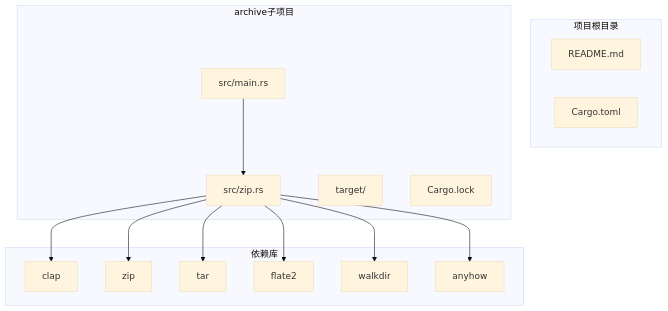
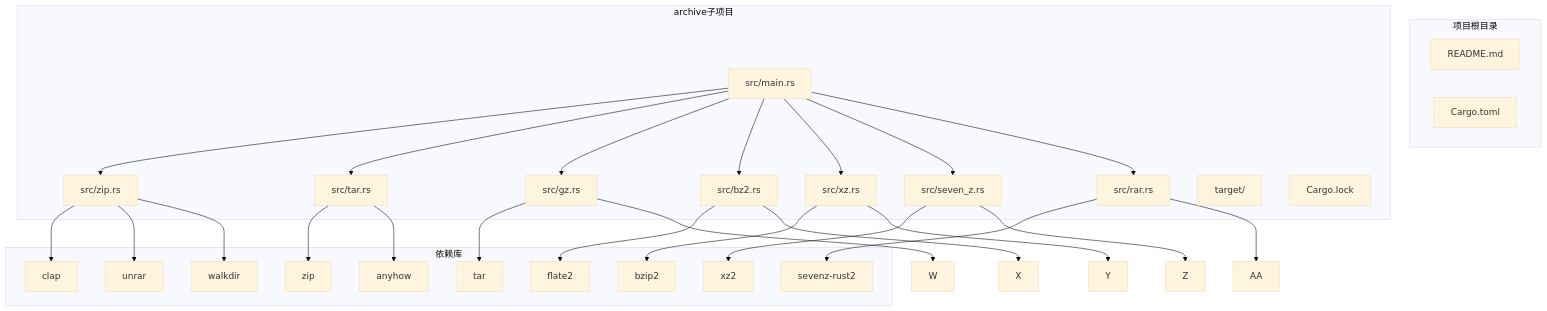
One commit to zhangjiacai-hub/myArchive changed the first of 11 diagrams in .qoder/repowiki/zh/content/核心功能实现/核心功能实现.md. Above: the diagram before and after it, drawn with Mermaid (base theme). The commit also changed other lines of this file and 6 other files, not shown here.

````diff
--- a/.qoder/repowiki/zh/content/核心功能实现/核心功能实现.md
+++ b/.qoder/repowiki/zh/content/核心功能实现/核心功能实现.md
@@ -35,28 +50,53 @@
 ```mermaid
 graph TB
 subgraph "项目根目录"
 A[README.md]
 B[Cargo.toml]
 end
 subgraph "archive子项目"
 C[src/main.rs]
 D[src/zip.rs]
-E[target/]
-F[Cargo.lock]
+E[src/tar.rs]
+F[src/gz.rs]
+G[src/bz2.rs]
+H[src/xz.rs]
+I[src/seven_z.rs]
+J[src/rar.rs]
+K[target/]
+L[Cargo.lock]
 end
 subgraph "依赖库"
-G[clap]
-H[zip]
-I[tar]
-J[flate2]
-K[walkdir]
-L[anyhow]
+M[clap]
+N[zip]
+O[tar]
+P[flate2]
+Q[bzip2]
+R[xz2]
+S[sevenz-rust2]
+T[unrar]
+U[walkdir]
+V[anyhow]
 end
 C --> D
-D --> G
-D --> H
-D --> I
-D --> J
-D --> K
-D --> L
+C --> E
+C --> F
+C --> G
+C --> H
+C --> I
+C --> J
+D --> M
+E --> N
+F --> O
+G --> P
+H --> Q
+I --> R
+J --> S
+D --> T
+D --> U
+E --> V
+F --> W
+G --> X
+H --> Y
+I --> Z
+J --> AA
 ```
````
